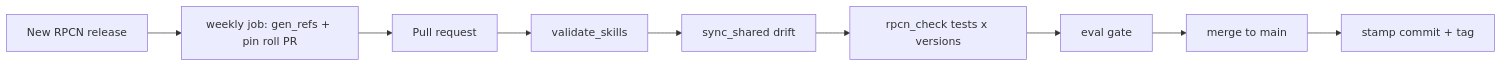
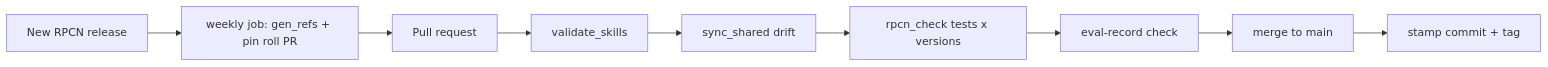
Before and after one commit to ajurcenk/rpcn-skills: the second of 2 diagrams in _bmad-output/initiative-rpcn-skills/architecture-rpcn-skills/ARCHITECTURE-SPINE.md, drawn with Mermaid. The commit also changed other lines of this file and 5 other files, not shown here.

````diff
--- a/_bmad-output/initiative-rpcn-skills/architecture-rpcn-skills/ARCHITECTURE-SPINE.md
+++ b/_bmad-output/initiative-rpcn-skills/architecture-rpcn-skills/ARCHITECTURE-SPINE.md
@@ -290,6 +291,6 @@
 ```mermaid
 flowchart LR
-  PR[Pull request] --> V[validate_skills] --> D[sync_shared drift] --> U[rpcn_check tests x versions] --> E[eval gate] --> M[merge to main]
+  PR[Pull request] --> V[validate_skills] --> D[sync_shared drift] --> U[rpcn_check tests x versions] --> E[eval-record check] --> M[merge to main]
   R[New RPCN release] --> G[weekly job: gen_refs + pin roll PR] --> PR
   M --> REL[stamp commit + tag]
 ```
````
